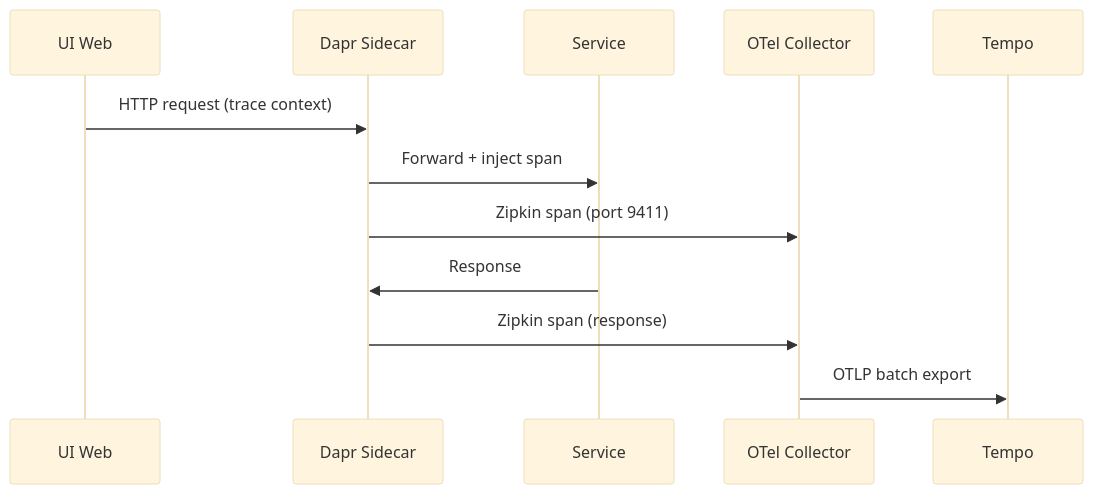
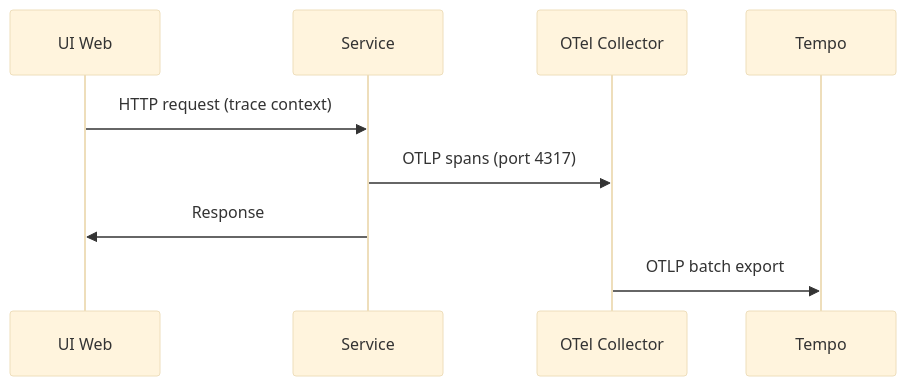
The second of 2 diagrams in docs/architecture/observability.md (MathTrail/core), drawn with Mermaid (base theme) before and after one commit. The commit also changed other lines of this file and 10 other files, not shown here.

````diff
--- a/docs/architecture/observability.md
+++ b/docs/architecture/observability.md
@@ -67,15 +67,12 @@
 ```mermaid
 sequenceDiagram
     participant UI as UI Web
-    participant DS as Dapr Sidecar
     participant Svc as Service
     participant OTel as OTel Collector
     participant Tempo as Tempo
 
-    UI->>DS: HTTP request (trace context)
-    DS->>Svc: Forward + inject span
-    DS->>OTel: Zipkin span (port 9411)
-    Svc->>DS: Response
-    DS->>OTel: Zipkin span (response)
+    UI->>Svc: HTTP request (trace context)
+    Svc->>OTel: OTLP spans (port 4317)
+    Svc->>UI: Response
     OTel->>Tempo: OTLP batch export
 ```
````
